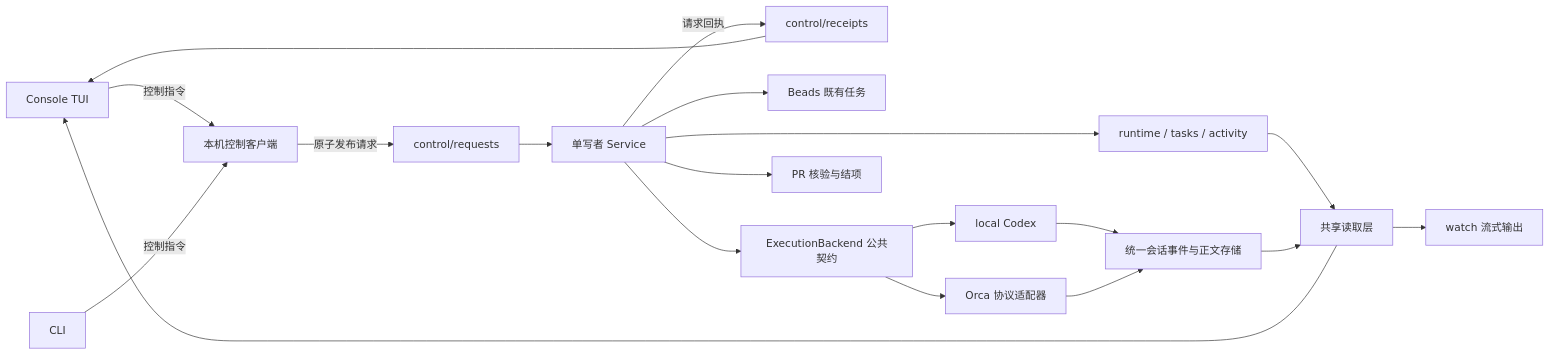
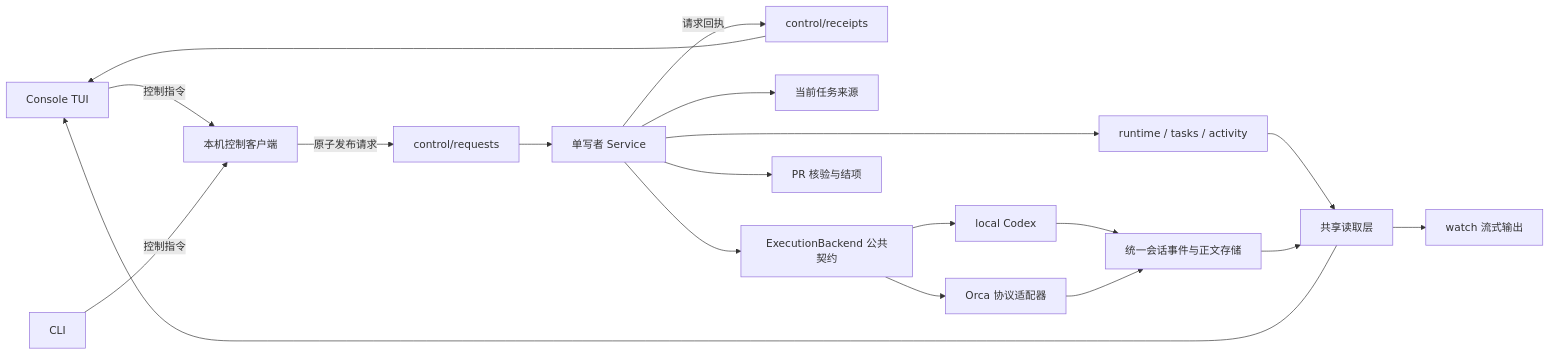
The diagram in docs/spec/console-upgrade.md (erranliu/SteerLine), drawn with Mermaid before and after one commit. The commit also changed other lines of this file and 31 other files, not shown here.

````diff
--- a/docs/spec/console-upgrade.md
+++ b/docs/spec/console-upgrade.md
@@ -55,21 +55,21 @@
 ```mermaid
 flowchart LR
     UI[Console TUI] -->|控制指令| C[本机控制客户端]
     CLI[CLI] -->|控制指令| C
     C -->|原子发布请求| Inbox[control/requests]
     Inbox --> S[单写者 Service]
     S -->|请求回执| Receipt[control/receipts]
     Receipt --> UI
-    S --> B[Beads 既有任务]
+    S --> B[当前任务来源]
     S --> A[ExecutionBackend 公共契约]
     A --> L[local Codex]
     A --> O[Orca 协议适配器]
     L --> N[统一会话事件与正文存储]
     O --> N
     S --> P[PR 核验与结项]
     S --> R[runtime / tasks / activity]
     R --> Q[共享读取层]
     N --> Q
     Q --> UI
     Q --> W[watch 流式输出]
 ```
````
